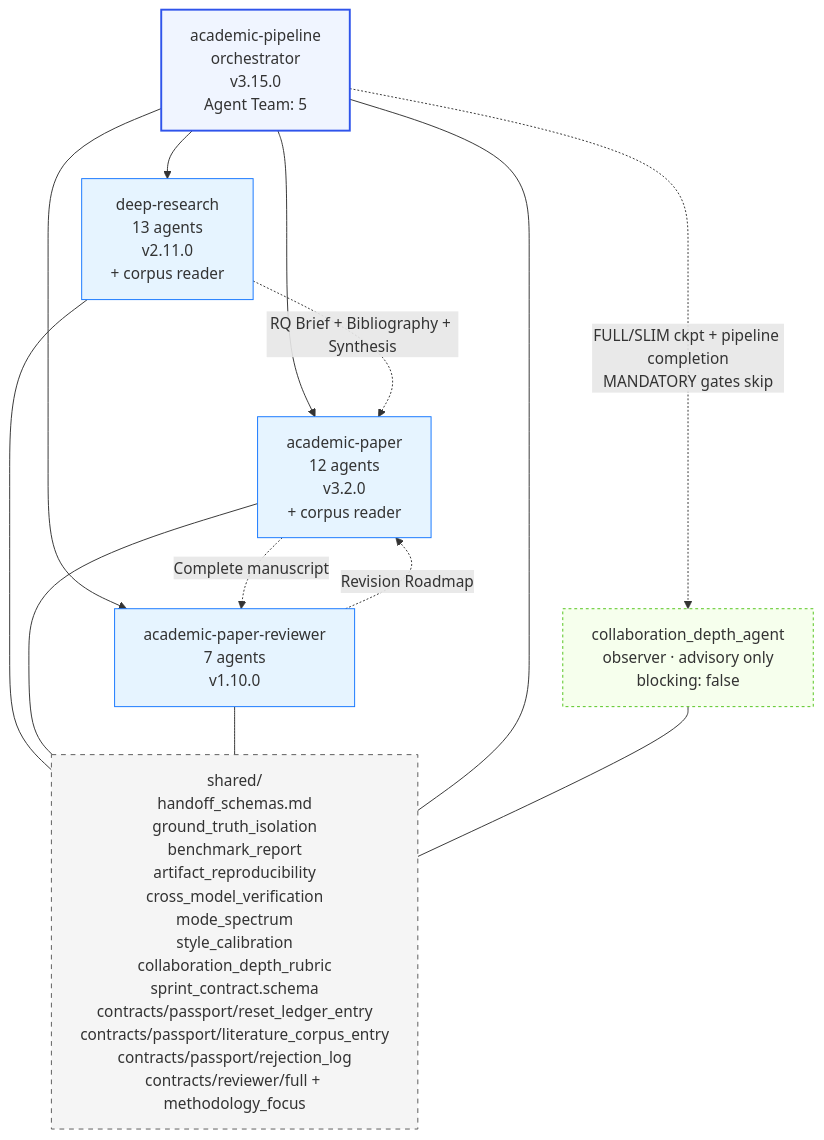
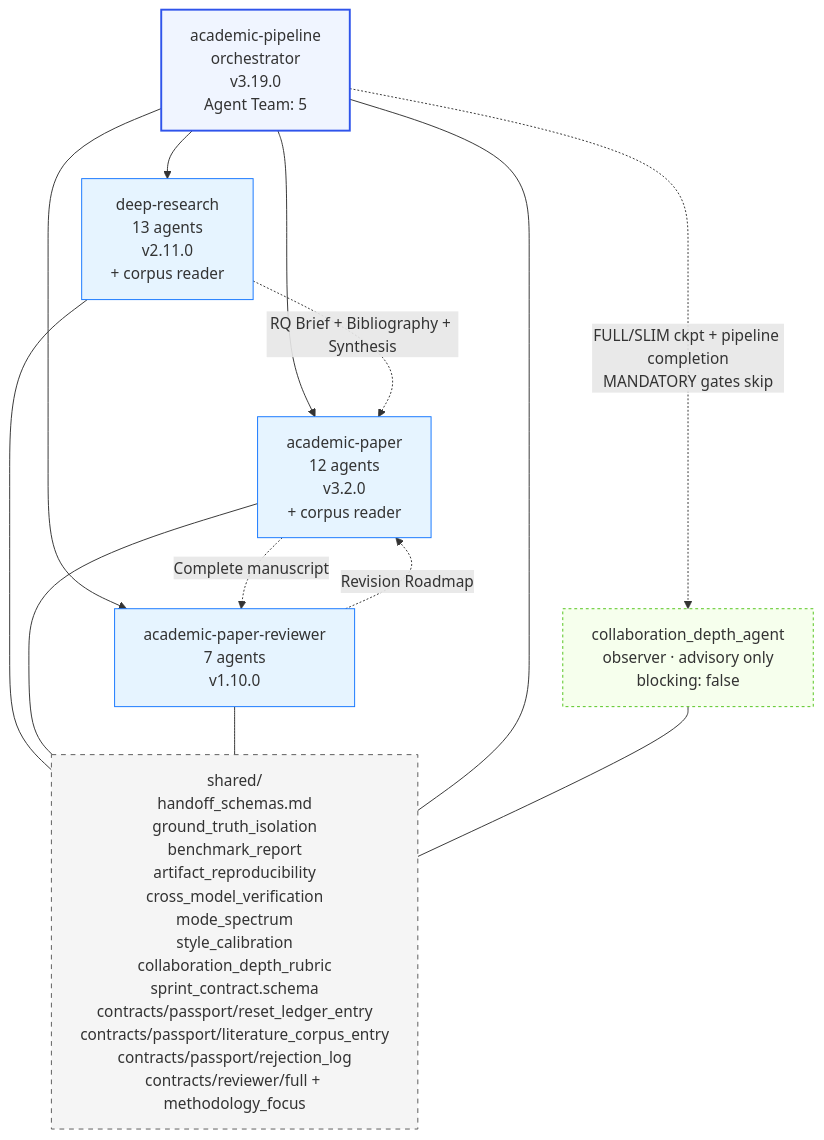
Before and after one commit to Lzy599775/agent-auto-sci-skills: the fourth of 5 diagrams in skills/urban-exposure-review-radar-workflow/subskills/academic-research-suite/ars/docs/ARCHITECTURE.md, drawn with Mermaid. The commit also changed other lines of this file and 469 other files, not shown here.

````diff
--- a/skills/urban-exposure-review-radar-workflow/subskills/academic-research-suite/ars/docs/ARCHITECTURE.md
+++ b/skills/urban-exposure-review-radar-workflow/subskills/academic-research-suite/ars/docs/ARCHITECTURE.md
@@ -201,31 +201,31 @@
 ```mermaid
 graph TD
-    Pipeline[academic-pipeline<br/>orchestrator<br/>v3.15.0<br/>Agent Team: 5]
+    Pipeline[academic-pipeline<br/>orchestrator<br/>v3.19.0<br/>Agent Team: 5]
     Observer[collaboration_depth_agent<br/>observer · advisory only<br/>blocking: false]
     DR[deep-research<br/>13 agents<br/>v2.11.0<br/>+ corpus reader]
     AP[academic-paper<br/>12 agents<br/>v3.2.0<br/>+ corpus reader]
     APR[academic-paper-reviewer<br/>7 agents<br/>v1.10.0]
     Shared[shared/<br/>handoff_schemas.md<br/>ground_truth_isolation<br/>benchmark_report<br/>artifact_reproducibility<br/>cross_model_verification<br/>mode_spectrum<br/>style_calibration<br/>collaboration_depth_rubric<br/>sprint_contract.schema<br/>contracts/passport/reset_ledger_entry<br/>contracts/passport/literature_corpus_entry<br/>contracts/passport/rejection_log<br/>contracts/reviewer/full + methodology_focus]
 
     Pipeline --> DR
     Pipeline --> AP
     Pipeline --> APR
     Pipeline -. "FULL/SLIM ckpt + pipeline completion<br/>MANDATORY gates skip" .-> Observer
     DR -. "RQ Brief + Bibliography + Synthesis" .-> AP
     AP -. "Complete manuscript" .-> APR
     APR -. "Revision Roadmap" .-> AP
     DR --- Shared
     AP --- Shared
     APR --- Shared
     Pipeline --- Shared
     Observer --- Shared
 
     classDef orch fill:#f0f5ff,stroke:#2f54eb,stroke-width:2px
     classDef skill fill:#e6f4ff,stroke:#1677ff
     classDef shared fill:#f5f5f5,stroke:#595959,stroke-dasharray:5 5
     classDef observer fill:#f6ffed,stroke:#52c41a,stroke-dasharray:3 3
     class Pipeline orch
     class DR,AP,APR skill
     class Shared shared
     class Observer observer
 ```
````
